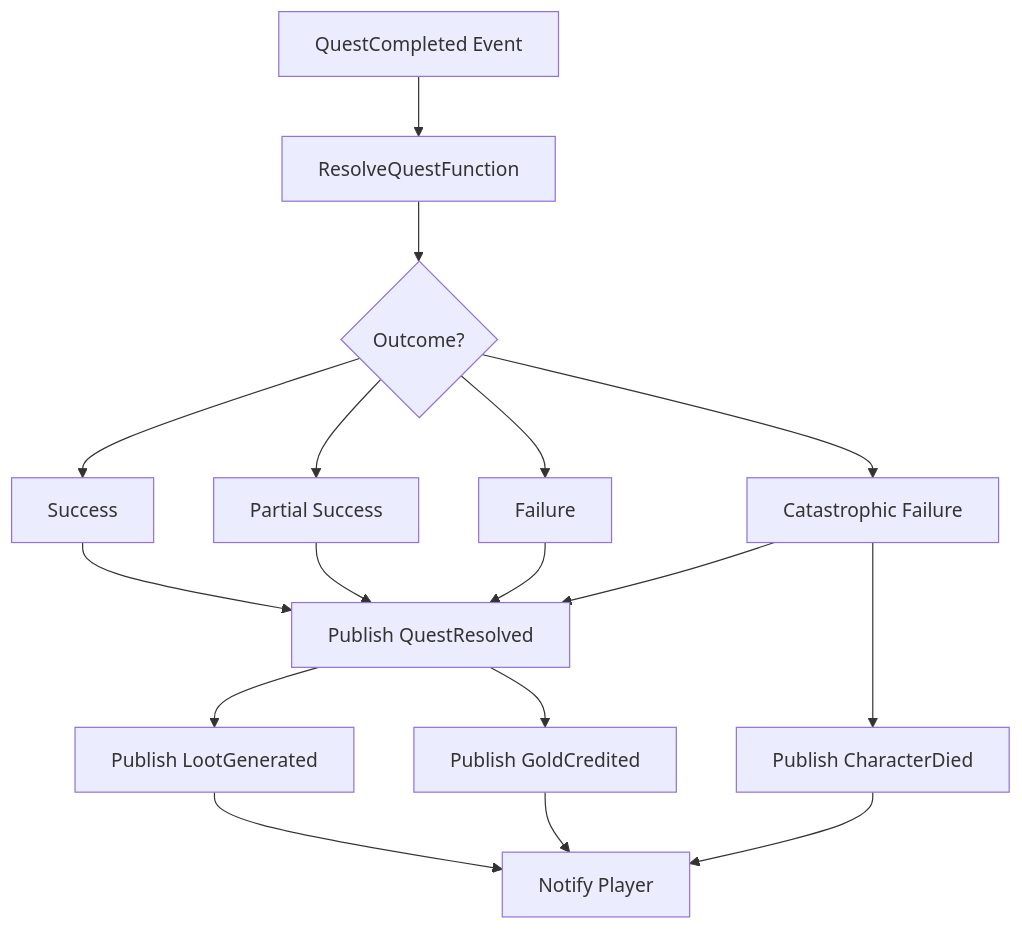
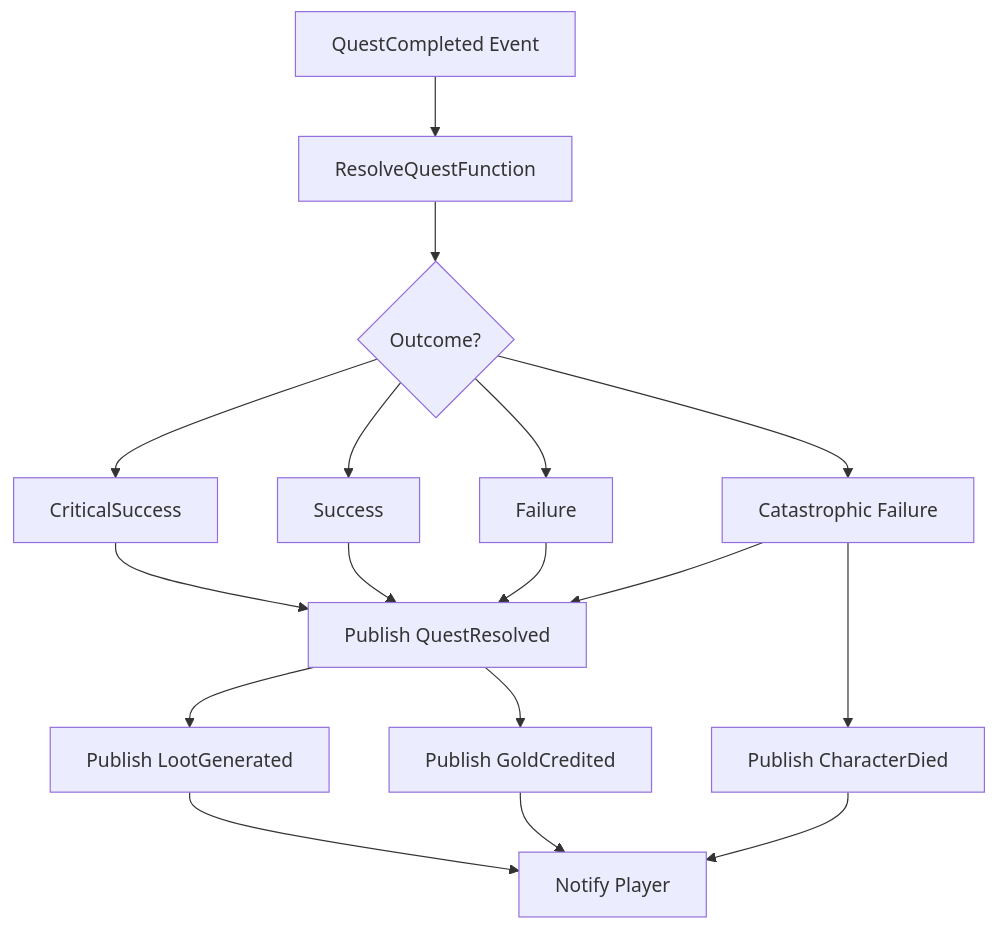
The tenth of 12 diagrams in docs/Bmd.GuildManager - System Architecture Diagrams.md (JranZu/Bmd.GuildManager), drawn with Mermaid before and after one commit. The commit also changed 12 other files, not shown here.

````diff
--- a/docs/Bmd.GuildManager - System Architecture Diagrams.md
+++ b/docs/Bmd.GuildManager - System Architecture Diagrams.md
@@ -370,43 +370,43 @@
 ```mermaid
 flowchart TD
 
 A[QuestCompleted Event]
 
 B[ResolveQuestFunction]
 
 C{Outcome?}
 
-D[Success]
-E[Partial Success]
+D[CriticalSuccess]
+E[Success]
 F[Failure]
 G[Catastrophic Failure]
 
 H[Publish QuestResolved]
 
 I[Publish LootGenerated]
 J[Publish GoldCredited]
 K[Publish CharacterDied]
 
 L[Notify Player]
 
 A --> B
 B --> C
 
 C --> D
 C --> E
 C --> F
 C --> G
 
 D --> H
 E --> H
 F --> H
 G --> H
 
 H --> I
 H --> J
 G --> K
 
 I --> L
 J --> L
 K --> L
 ```
````
